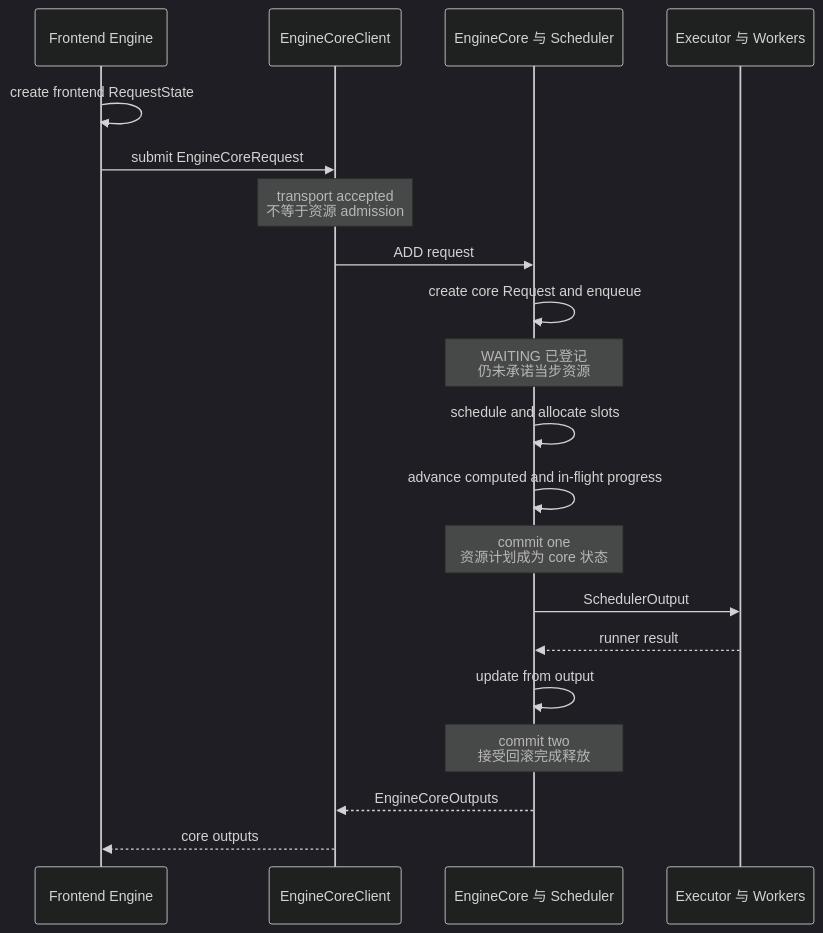
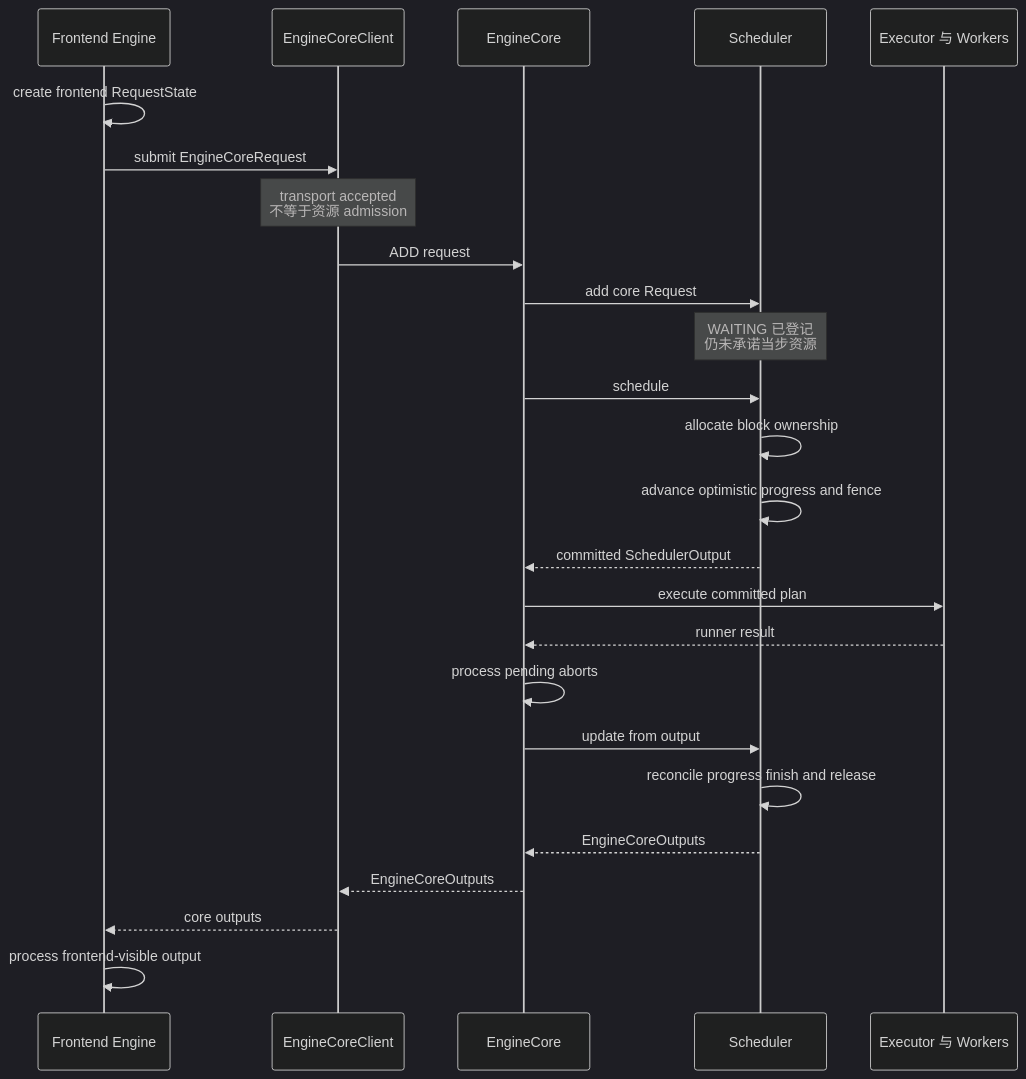
The second of 2 diagrams in wiki/02_engineering/03_infer_frameworks/vllm/10_vllm_engine_architecture_analysis.md (suhaibo666/llm-knowledge), drawn with Mermaid (dark theme) before and after one commit. The commit also changed other lines of this file, not shown here.

Commit message:
docs(vllm): correct engine commit boundary

````diff
--- a/wiki/02_engineering/03_infer_frameworks/vllm/10_vllm_engine_architecture_analysis.md
+++ b/wiki/02_engineering/03_infer_frameworks/vllm/10_vllm_engine_architecture_analysis.md
@@ -122,23 +123,28 @@
 ```mermaid
 sequenceDiagram
     participant F as Frontend Engine
     participant C as EngineCoreClient
-    participant S as EngineCore 与 Scheduler
+    participant EC as EngineCore
+    participant S as Scheduler
     participant E as Executor 与 Workers
 
     F->>F: create frontend RequestState
     F->>C: submit EngineCoreRequest
     Note over C: transport accepted<br/>不等于资源 admission
-    C->>S: ADD request
-    S->>S: create core Request and enqueue
+    C->>EC: ADD request
+    EC->>S: add core Request
     Note over S: WAITING 已登记<br/>仍未承诺当步资源
-    S->>S: schedule and allocate slots
-    S->>S: advance computed and in-flight progress
-    Note over S: commit one<br/>资源计划成为 core 状态
-    S->>E: SchedulerOutput
-    E-->>S: runner result
-    S->>S: update from output
-    Note over S: commit two<br/>接受回滚完成释放
-    S-->>C: EngineCoreOutputs
+    EC->>S: schedule
+    S->>S: allocate block ownership
+    S->>S: advance optimistic progress and fence
+    S-->>EC: committed SchedulerOutput
+    EC->>E: execute committed plan
+    E-->>EC: runner result
+    EC->>EC: process pending aborts
+    EC->>S: update from output
+    S->>S: reconcile progress finish and release
+    S-->>EC: EngineCoreOutputs
+    EC-->>C: EngineCoreOutputs
     C-->>F: core outputs
+    F->>F: process frontend-visible output
 ```
````
